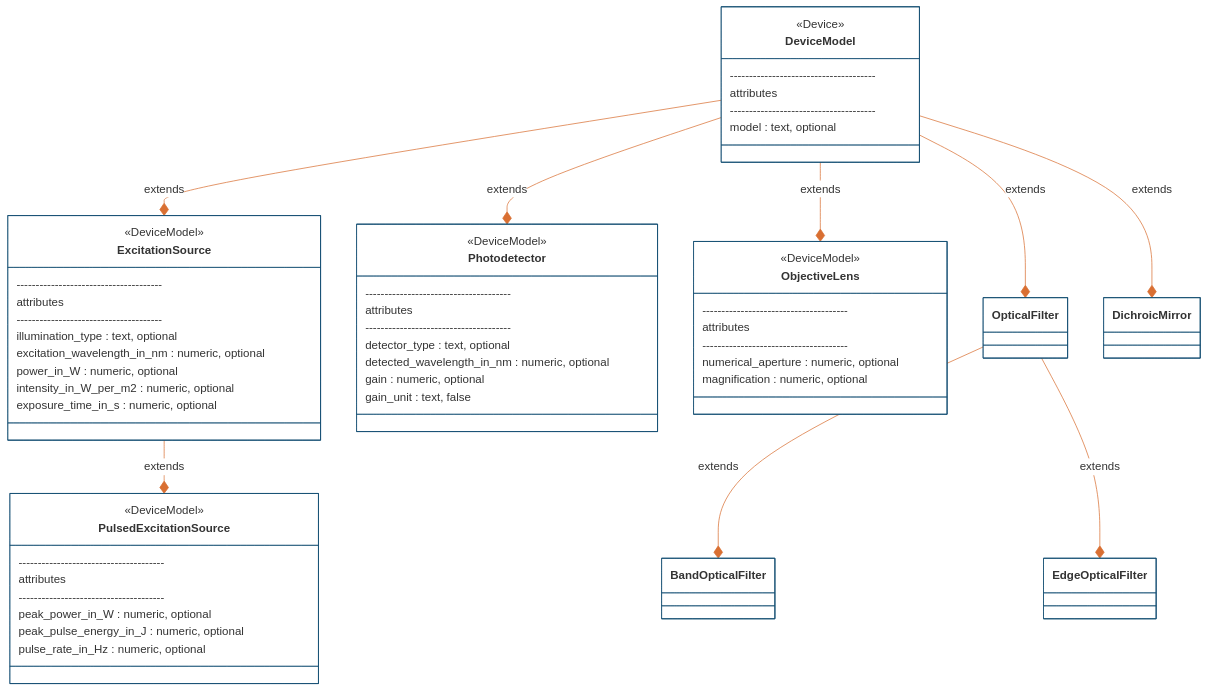
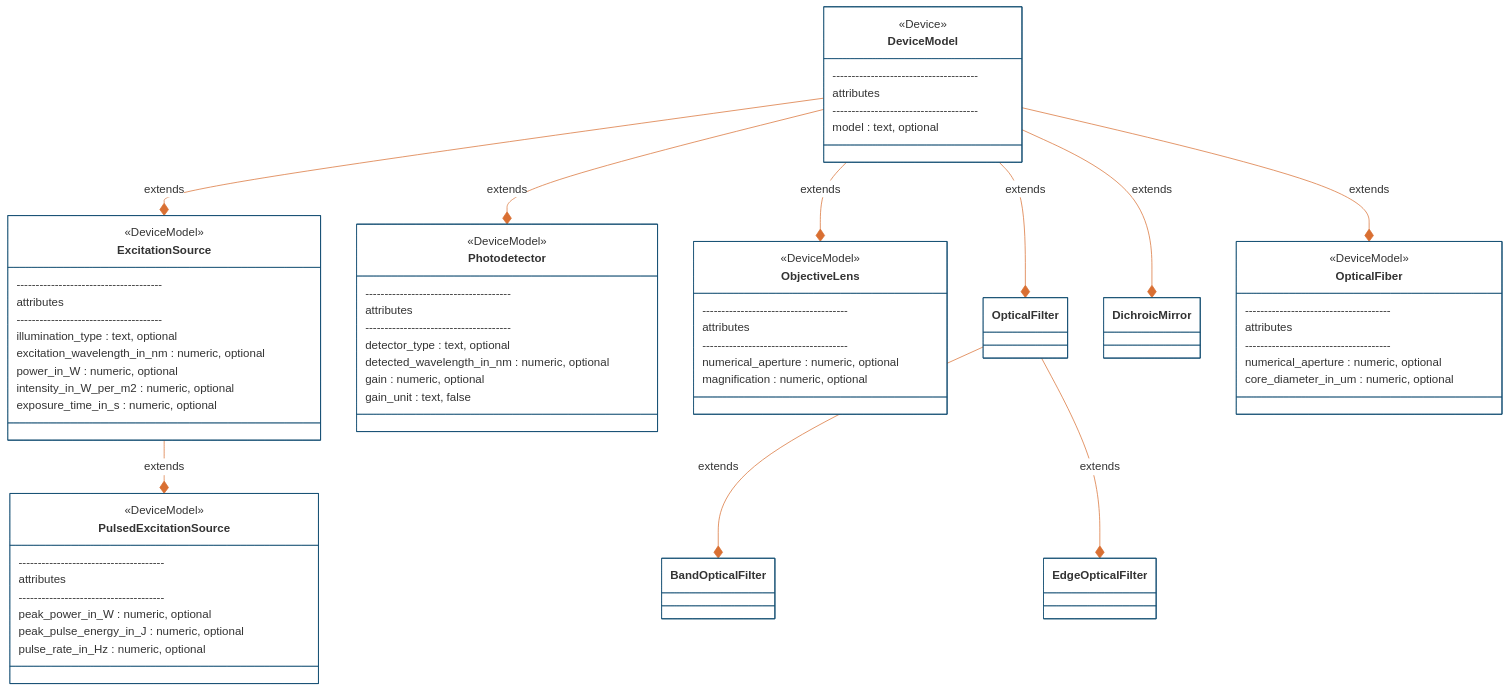
The third of 3 diagrams in README.md (catalystneuro/ndx-ophys-devices), drawn with Mermaid before and after one commit. The commit also changed other lines of this file, not shown here.

Commit message:
simplify ER diagram

````diff
--- a/README.md
+++ b/README.md
@@ -250,59 +250,68 @@
 ```mermaid
 %%{init: {'theme': 'base', 'themeVariables': {'primaryColor': '#ffffff', "primaryBorderColor': '#144E73', 'lineColor': '#D96F32'}}}%%
 classDiagram
     direction BT
     class DeviceModel{
         <<Device>>
         --------------------------------------
         attributes
         --------------------------------------
         model : text, optional
     }
     class ExcitationSource{
         <<DeviceModel>>
         --------------------------------------
         attributes
         --------------------------------------
         illumination_type : text, optional
         excitation_wavelength_in_nm : numeric, optional
         power_in_W : numeric, optional
         intensity_in_W_per_m2 : numeric, optional
         exposure_time_in_s : numeric, optional
     }
     class PulsedExcitationSource{
         <<DeviceModel>>
         --------------------------------------
         attributes
         --------------------------------------
         peak_power_in_W : numeric, optional
         peak_pulse_energy_in_J : numeric, optional
         pulse_rate_in_Hz : numeric, optional
     }
     class Photodetector{
         <<DeviceModel>>
         --------------------------------------
         attributes
         --------------------------------------
         detector_type : text, optional
         detected_wavelength_in_nm : numeric, optional
         gain : numeric, optional
         gain_unit : text, false
     }
     class ObjectiveLens{
         <<DeviceModel>>
         --------------------------------------
         attributes
         --------------------------------------
         numerical_aperture : numeric, optional
         magnification : numeric, optional
     }
+    class OpticalFiber{
+        <<DeviceModel>>
+        --------------------------------------
+        attributes
+        --------------------------------------
+        numerical_aperture : numeric, optional
+        core_diameter_in_um : numeric, optional
+    }
     
     ExcitationSource *-- DeviceModel : extends
     PulsedExcitationSource *-- ExcitationSource : extends
     Photodetector *-- DeviceModel : extends
     ObjectiveLens *-- DeviceModel : extends
     OpticalFilter *-- DeviceModel : extends
     BandOpticalFilter *-- OpticalFilter : extends
     EdgeOpticalFilter *-- OpticalFilter : extends
     DichroicMirror *-- DeviceModel : extends
+    OpticalFiber *-- DeviceModel : extends
 ```
````
